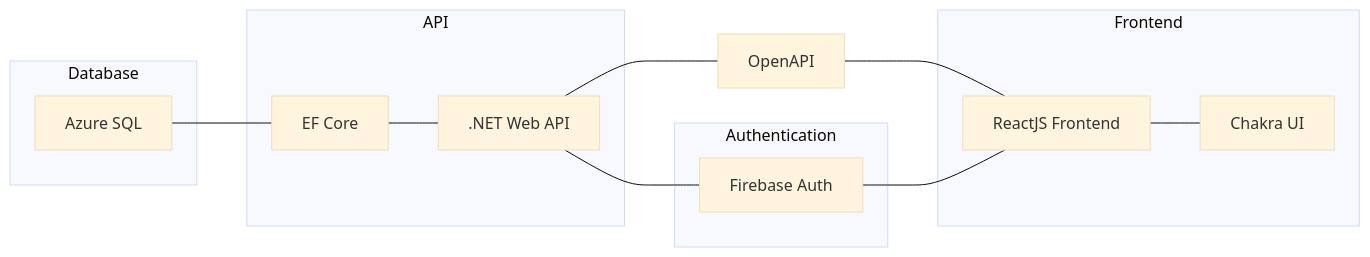
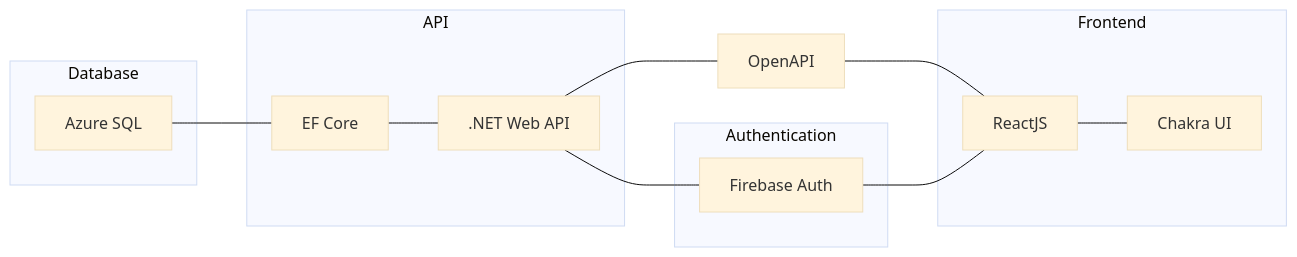
Before and after one commit to instructr-aps/.github: the diagram in profile/README.md, drawn with Mermaid (base theme).

````diff
--- a/profile/README.md
+++ b/profile/README.md
@@ -4,22 +4,22 @@
 ```mermaid
 flowchart LR
     A --- B
     C --- D[OpenAPI] --- E
     C --- G --- E    
 
     subgraph Database
     A[Azure SQL]
     end
 
     subgraph API
     B[EF Core] --- C[.NET Web API]
     end
     
     subgraph Frontend
-    E[ReactJS Frontend] --- F[Chakra UI]
+    E[ReactJS] --- F[Chakra UI]
     end
  
     subgraph Authentication
     G[Firebase Auth]
     end
 ```
````
